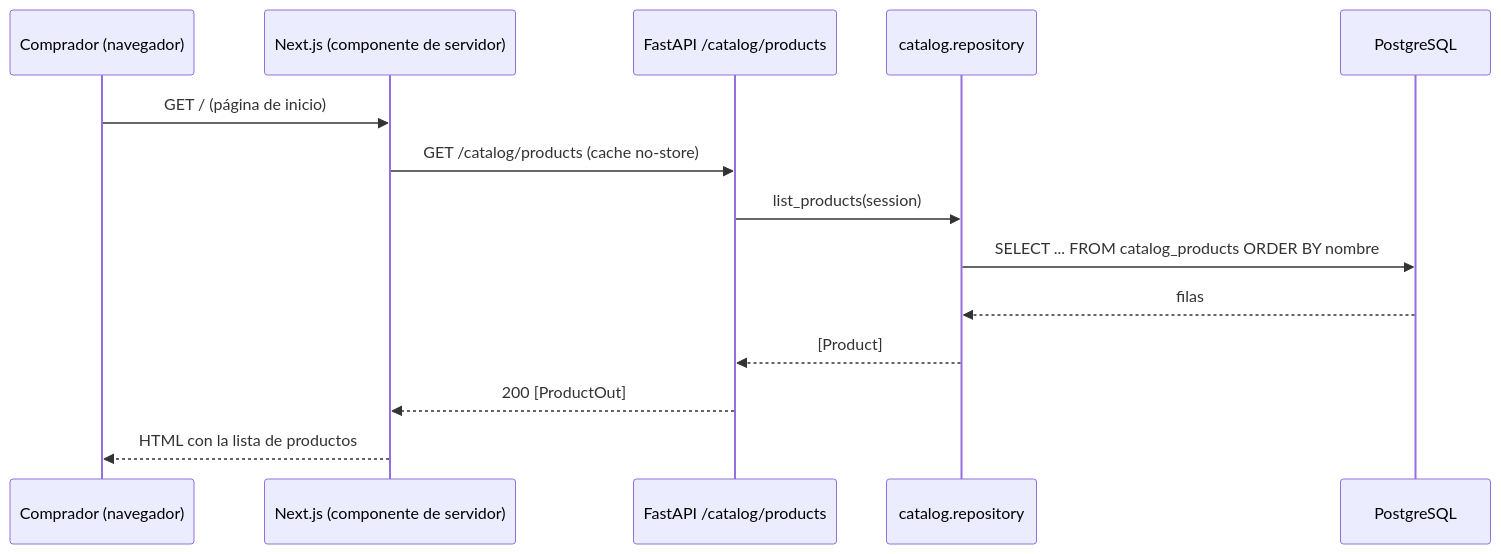
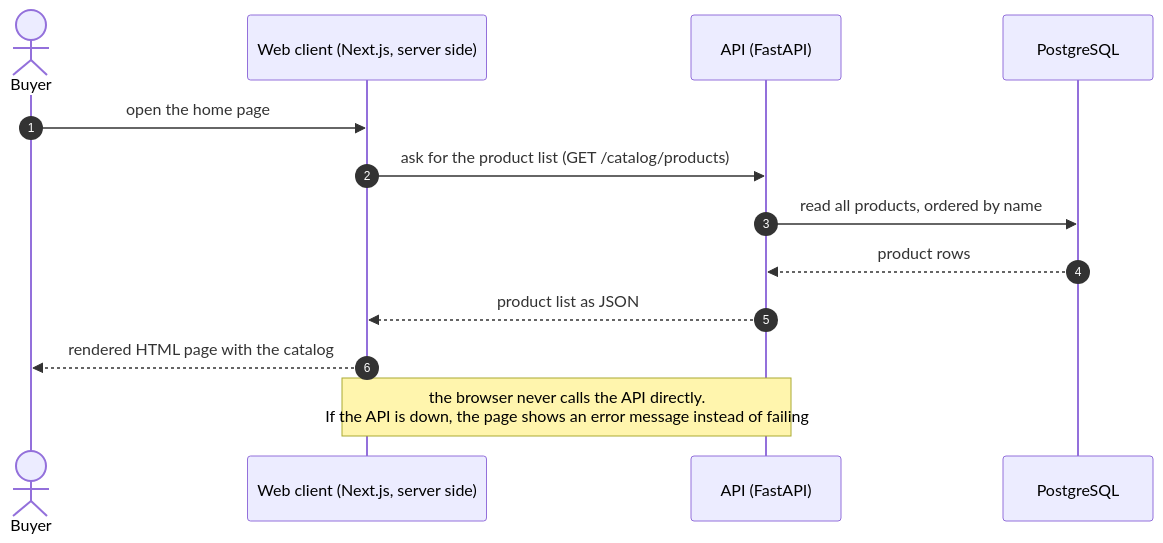
Before and after one commit to ISCOUTB/AS_202620_TIENDA-VIRTUAL-UTB: the fifth of 6 diagrams in docs/arc42/arc42-template-EN.md, drawn with Mermaid. The commit also changed other lines of this file and 6 other files, not shown here.

````diff
--- a/docs/arc42/arc42-template-EN.md
+++ b/docs/arc42/arc42-template-EN.md
@@ -269,16 +355,15 @@
 ```mermaid
 sequenceDiagram
-    participant U as Comprador (navegador)
-    participant F as Next.js (componente de servidor)
-    participant A as FastAPI /catalog/products
-    participant R as catalog.repository
+    autonumber
+    actor U as Buyer
+    participant F as Web client (Next.js, server side)
+    participant A as API (FastAPI)
     participant DB as PostgreSQL
-    U->>F: GET / (página de inicio)
-    F->>A: GET /catalog/products (cache no-store)
-    A->>R: list_products(session)
-    R->>DB: SELECT ... FROM catalog_products ORDER BY nombre
-    DB-->>R: filas
-    R-->>A: [Product]
-    A-->>F: 200 [ProductOut]
-    F-->>U: HTML con la lista de productos
+    U->>F: open the home page
+    F->>A: ask for the product list (GET /catalog/products)
+    A->>DB: read all products, ordered by name
+    DB-->>A: product rows
+    A-->>F: product list as JSON
+    F-->>U: rendered HTML page with the catalog
+    Note over F,A: the browser never calls the API directly.<br/>If the API is down, the page shows an error message instead of failing
 ```
````
